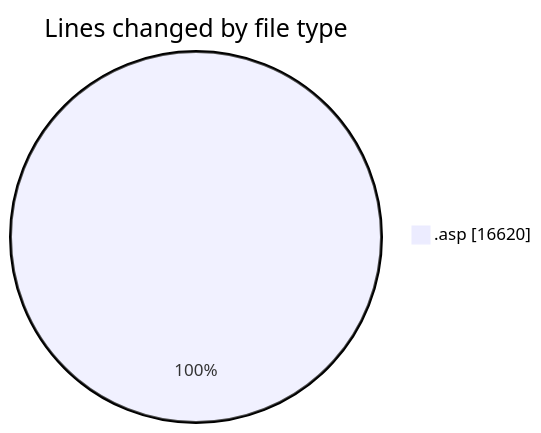
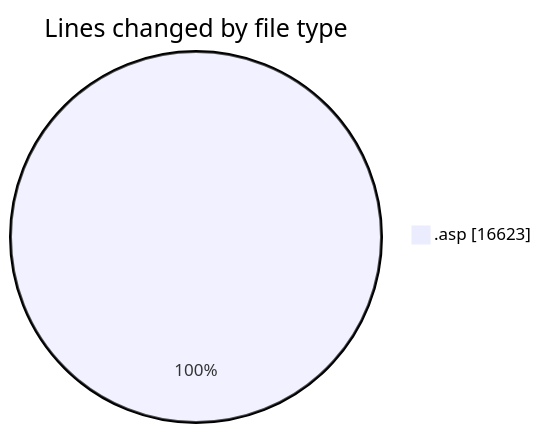
Before and after one commit to julien-gomy/code-tracking: the first of 2 diagrams in 2025-11-14/cdp_aleoudev_fr__workspace_/README.md, drawn with Mermaid. The commit also changed other lines of this file and 1 other file, not shown here.

````diff
--- a/2025-11-14/cdp_aleoudev_fr__workspace_/README.md
+++ b/2025-11-14/cdp_aleoudev_fr__workspace_/README.md
@@ -33,5 +33,5 @@
 ```mermaid
 pie showData
 title Lines changed by file type
-".asp" : 16620
+".asp" : 16623
 ```
````
